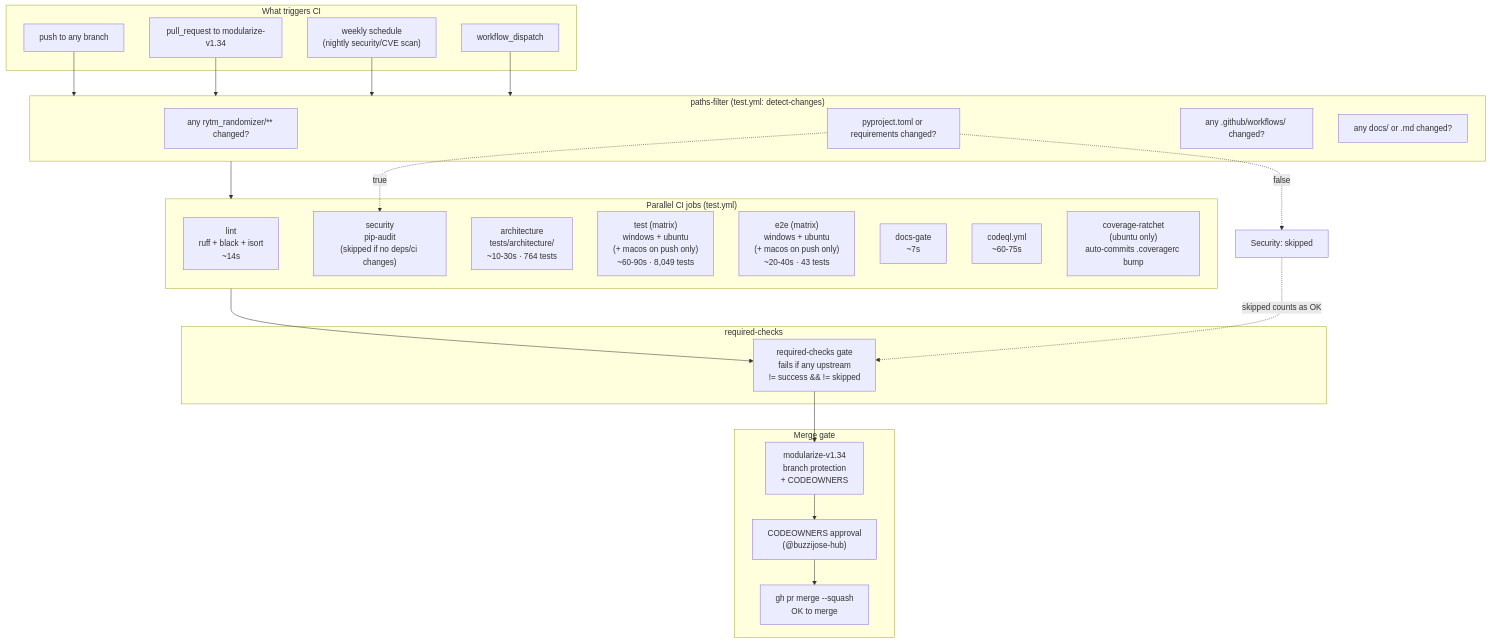
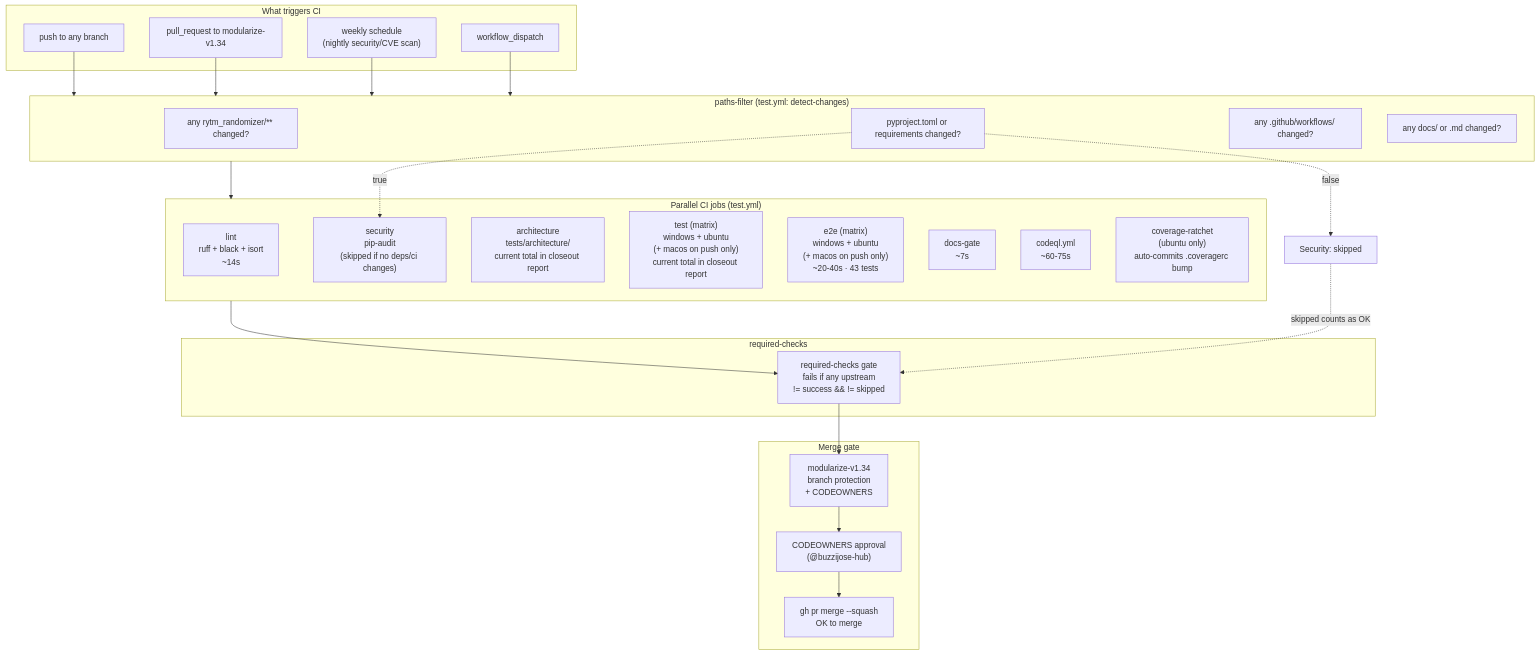
Diagram 11 of 35 in docs/ARCHITECTURE_DIAGRAMS.md (buzzijose-hub/RytmRandomizer), drawn with Mermaid before and after one commit. The commit also changed other lines of this file and 149 other files, not shown here.

````diff
--- a/docs/ARCHITECTURE_DIAGRAMS.md
+++ b/docs/ARCHITECTURE_DIAGRAMS.md
@@ -932,53 +950,53 @@
 ```mermaid
 flowchart TB
     subgraph Trigger["What triggers CI"]
         Push["push to any branch"]
         PR["pull_request to modularize-v1.34"]
         Schedule["weekly schedule<br/>(nightly security/CVE scan)"]
         Manual["workflow_dispatch"]
     end
 
     subgraph PathFilter["paths-filter (test.yml: detect-changes)"]
         DetectCode["any rytm_randomizer/** changed?"]
         DetectDeps["pyproject.toml or requirements changed?"]
         DetectCI["any .github/workflows/ changed?"]
         DetectDocs["any docs/ or .md changed?"]
     end
 
     subgraph Jobs["Parallel CI jobs (test.yml)"]
         Lint["lint<br/>ruff + black + isort<br/>~14s"]
         Security["security<br/>pip-audit<br/>(skipped if no deps/ci changes)"]
-        Architecture["architecture<br/>tests/architecture/<br/>~10-30s · 764 tests"]
-        TestMatrix["test (matrix)<br/>windows + ubuntu<br/>(+ macos on push only)<br/>~60-90s · 8,049 tests"]
+        Architecture["architecture<br/>tests/architecture/<br/>current total in closeout report"]
+        TestMatrix["test (matrix)<br/>windows + ubuntu<br/>(+ macos on push only)<br/>current total in closeout report"]
         E2EMatrix["e2e (matrix)<br/>windows + ubuntu<br/>(+ macos on push only)<br/>~20-40s · 43 tests"]
         DocsGate["docs-gate<br/>~7s"]
         CodeQL["codeql.yml<br/>~60-75s"]
         CoverageRatchet["coverage-ratchet<br/>(ubuntu only)<br/>auto-commits .coveragerc bump"]
     end
 
     subgraph Aggregator["required-checks"]
         Gate["required-checks gate<br/>fails if any upstream<br/>!= success && != skipped"]
     end
 
     subgraph MergeGate["Merge gate"]
         BranchProtection["modularize-v1.34<br/>branch protection<br/>+ CODEOWNERS"]
         Approval["CODEOWNERS approval<br/>(@buzzijose-hub)"]
         Merge["gh pr merge --squash<br/>OK to merge"]
     end
 
     Push --> PathFilter
     PR --> PathFilter
     Schedule --> PathFilter
     Manual --> PathFilter
 
     PathFilter --> Jobs
 
     Jobs --> Gate
     Gate --> BranchProtection
     BranchProtection --> Approval
     Approval --> Merge
 
     DetectDeps -.->|"true"| Security
     DetectDeps -.->|"false"| Skip1["Security: skipped"]
     Skip1 -.->|"skipped counts as OK"| Gate
 ```
````
